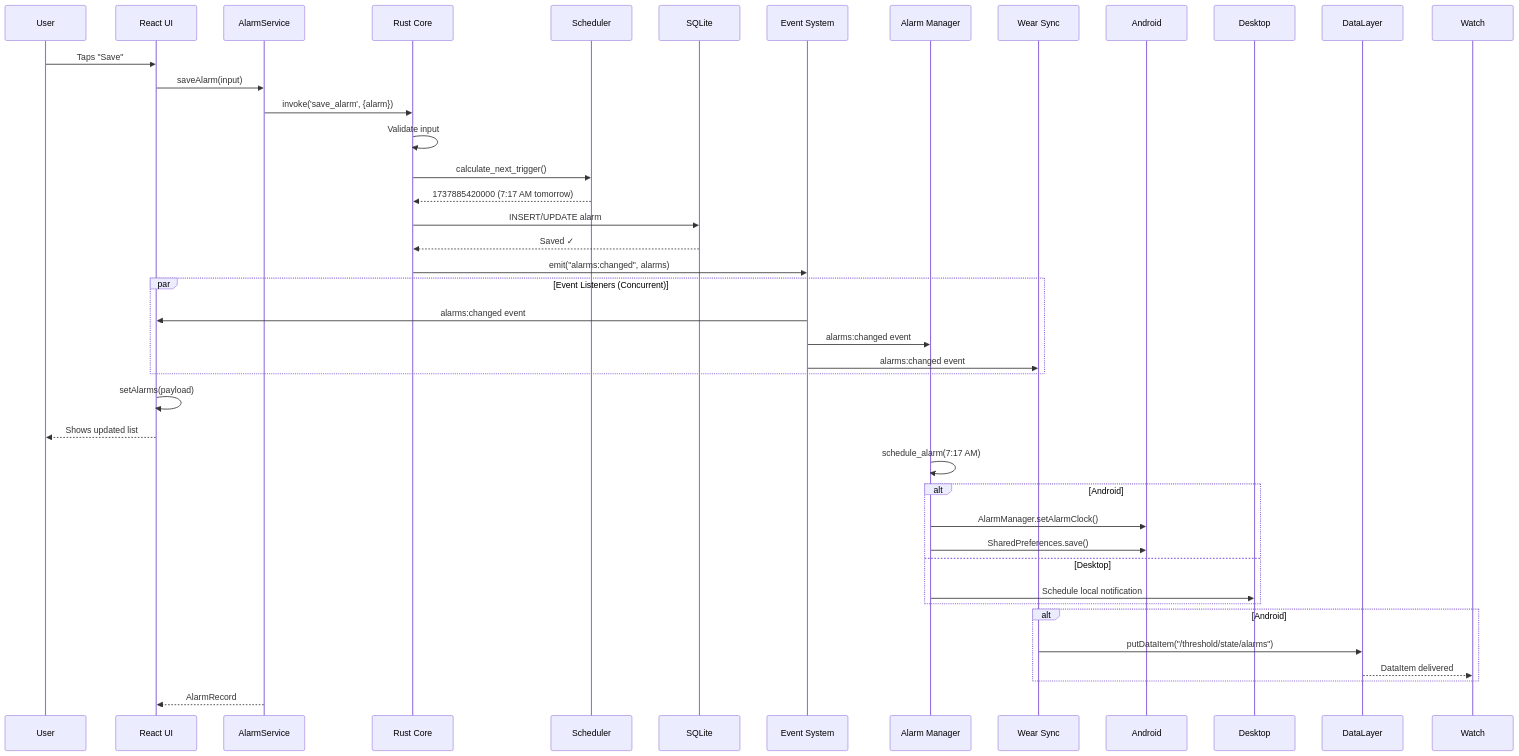
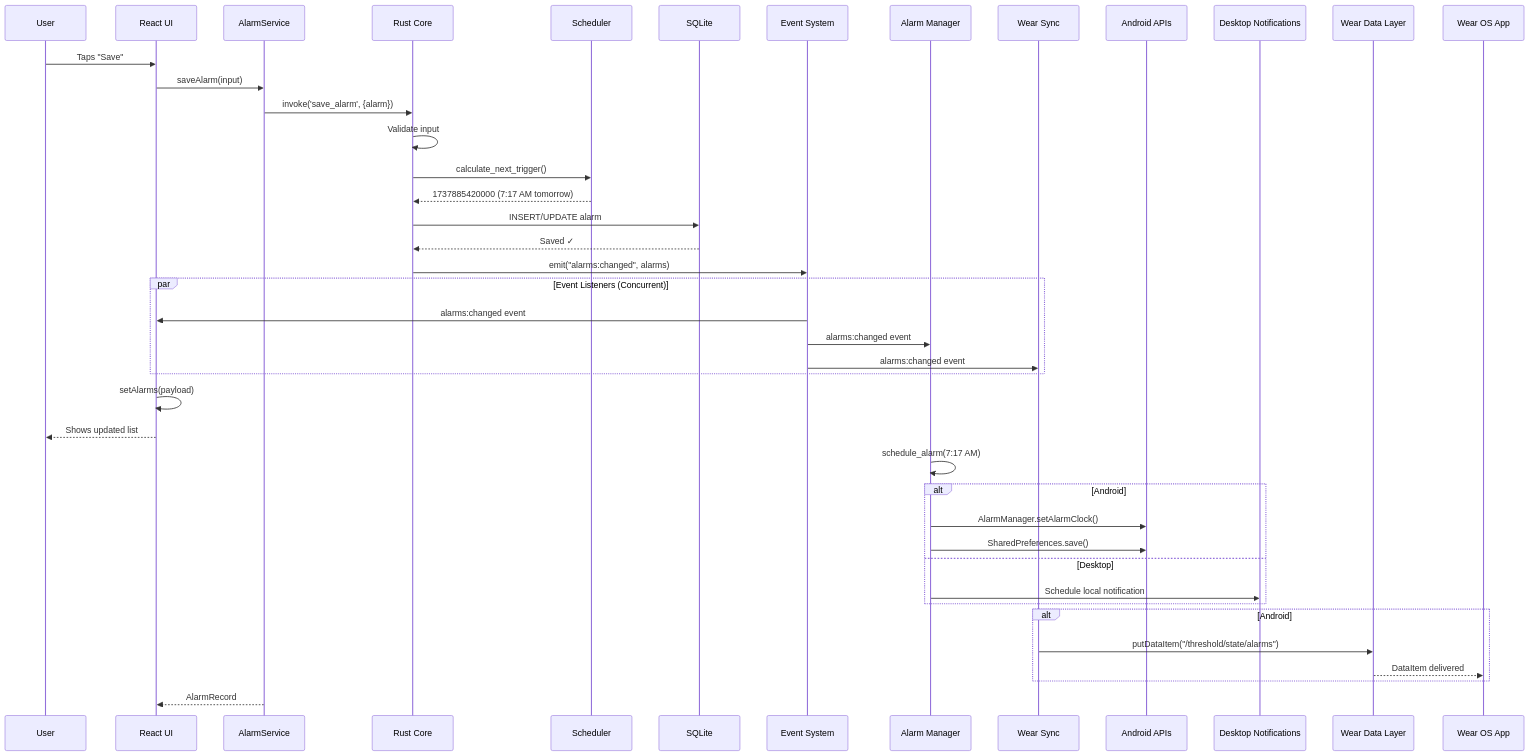
Before and after one commit to liminal-hq/threshold: the sixth of 32 diagrams in docs/architecture/flow-diagrams.md, drawn with Mermaid. The commit also changed other lines of this file, not shown here.

First line of the commit message:
fix: stabilise Mermaid sequence diagrams

````diff
--- a/docs/architecture/flow-diagrams.md
+++ b/docs/architecture/flow-diagrams.md
@@ -205,50 +205,54 @@
 ```mermaid
 sequenceDiagram
     participant User
     participant UI as React UI
     participant Service as AlarmService
     participant Rust as Rust Core
     participant Sched as Scheduler
     participant DB as SQLite
     participant Events as Event System
     participant AlarmMgr as Alarm Manager
     participant WearSync as Wear Sync
+    participant Android as Android APIs
+    participant Desktop as Desktop Notifications
+    participant DataLayer as Wear Data Layer
+    participant Watch as Wear OS App
 
     User->>UI: Taps "Save"
     UI->>Service: saveAlarm(input)
     Service->>Rust: invoke('save_alarm', {alarm})
     
     Rust->>Rust: Validate input
     Rust->>Sched: calculate_next_trigger()
     Sched-->>Rust: 1737885420000 (7:17 AM tomorrow)
     
     Rust->>DB: INSERT/UPDATE alarm
     DB-->>Rust: Saved ✓
     
     Rust->>Events: emit("alarms:changed", alarms)
     
     par Event Listeners (Concurrent)
         Events->>UI: alarms:changed event
         Events->>AlarmMgr: alarms:changed event
         Events->>WearSync: alarms:changed event
     end
     
     UI->>UI: setAlarms(payload)
     UI-->>User: Shows updated list
     
     AlarmMgr->>AlarmMgr: schedule_alarm(7:17 AM)
     
     alt Android
         AlarmMgr->>Android: AlarmManager.setAlarmClock()
         AlarmMgr->>Android: SharedPreferences.save()
     else Desktop
         AlarmMgr->>Desktop: Schedule local notification
     end
     
     alt Android
         WearSync->>DataLayer: putDataItem("/threshold/state/alarms")
         DataLayer-->>Watch: DataItem delivered
     end
     
     Service-->>UI: AlarmRecord
 ```
````
